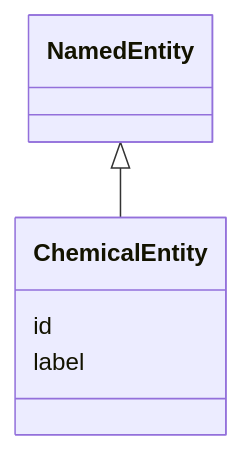
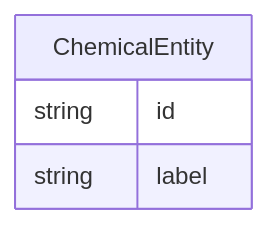
One commit to monarch-initiative/ontogpt changed the diagram in docs/biological_process/ChemicalEntity.md. Above: the diagram before and after it, drawn with Mermaid. The commit also changed 187 other files, not shown here.

````diff
--- a/docs/biological_process/ChemicalEntity.md
+++ b/docs/biological_process/ChemicalEntity.md
@@ -8,9 +8,10 @@
 ```mermaid
- classDiagram
-    class ChemicalEntity
-      NamedEntity <|-- ChemicalEntity
-      
-      ChemicalEntity : id
-      ChemicalEntity : label
-      
+erDiagram
+ChemicalEntity {
+    string id  
+    string label  
+}
+
+
+
 ```
````
